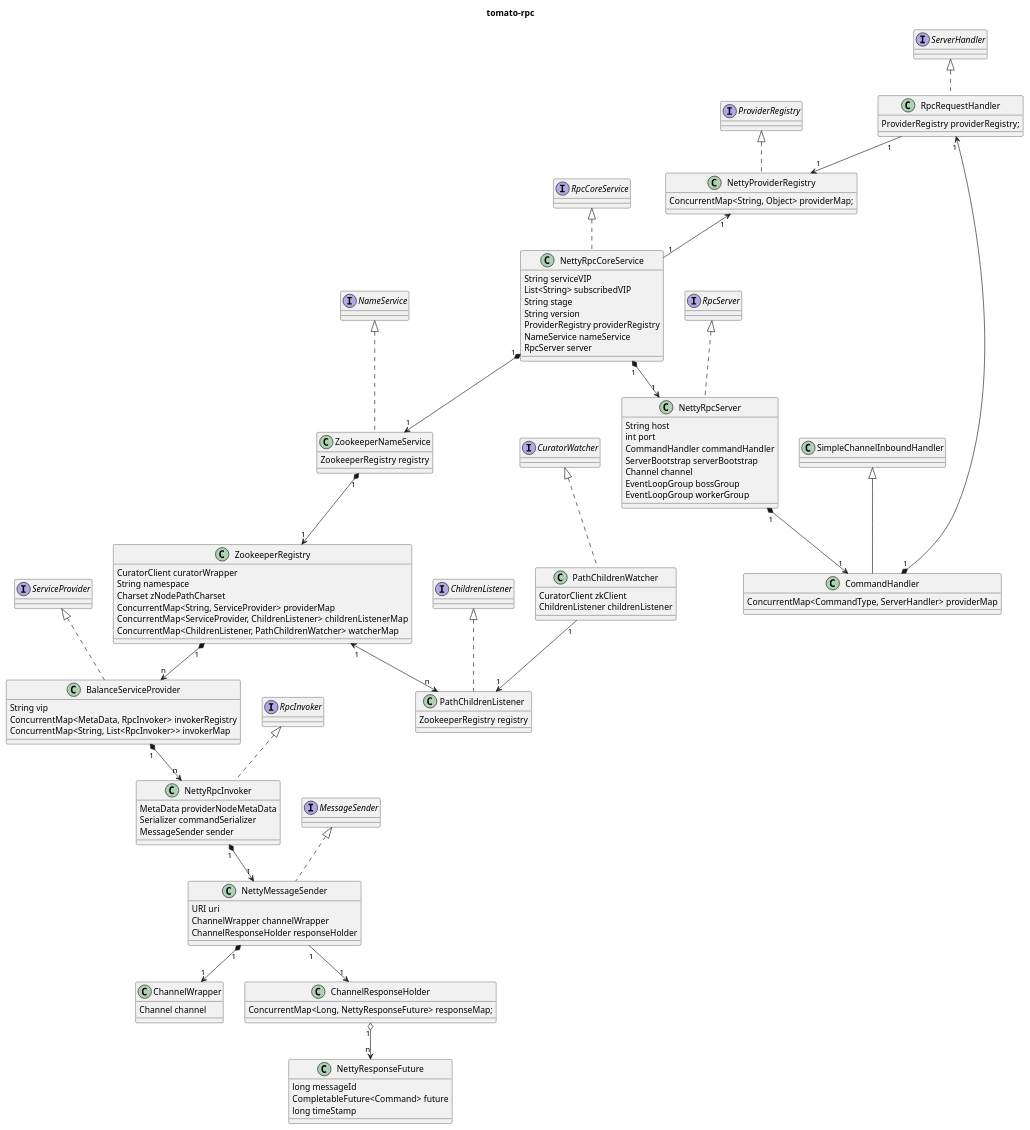
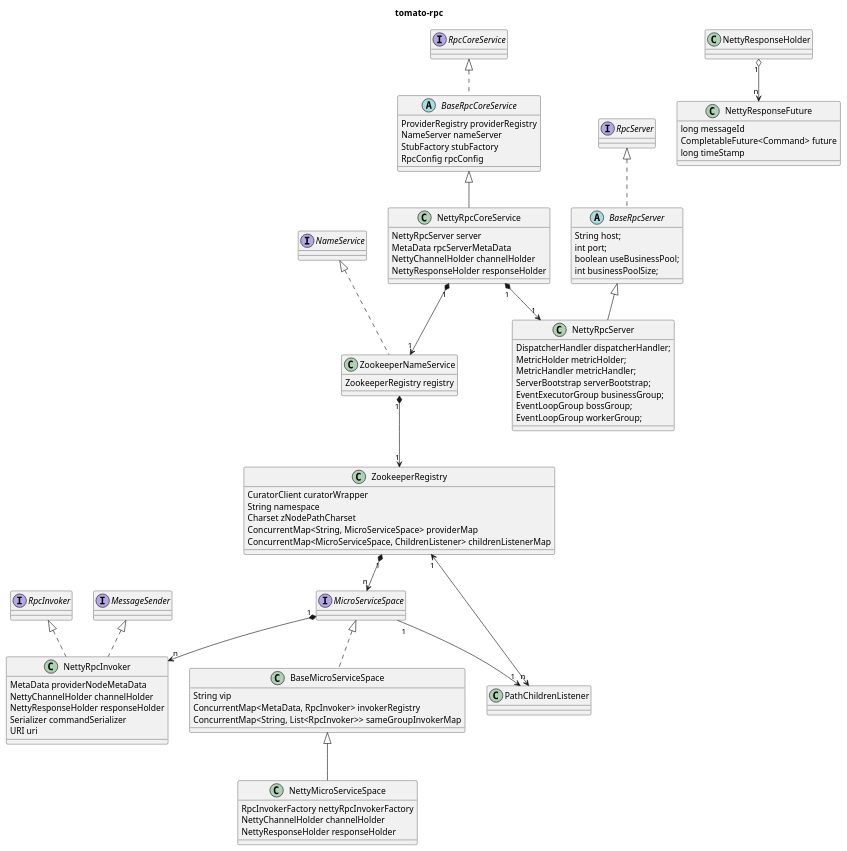
The diagram in uml/class.puml (CompassA/tomato-rpc), drawn with PlantUML before and after one commit. The commit also changed 23 other files, not shown here.

Commit message:
feature: 1. ClientStub注入spring bean 2. ServerStub注册

```diff
--- a/uml/class.puml
+++ b/uml/class.puml
@@ -1,107 +1,84 @@
 @startuml
 
 title tomato-rpc
 
 class ZookeeperNameService implements NameService {
     ZookeeperRegistry registry
 }
 
 class ZookeeperRegistry {
     CuratorClient curatorWrapper
     String namespace
     Charset zNodePathCharset
-    ConcurrentMap<String, ServiceProvider> providerMap
-    ConcurrentMap<ServiceProvider, ChildrenListener> childrenListenerMap
-    ConcurrentMap<ChildrenListener, PathChildrenWatcher> watcherMap
+    ConcurrentMap<String, MicroServiceSpace> providerMap
+    ConcurrentMap<MicroServiceSpace, ChildrenListener> childrenListenerMap
 }
 
-class NettyRpcServer implements RpcServer {
-    String host
-    int port
-    CommandHandler commandHandler
-    ServerBootstrap serverBootstrap
-    Channel channel
-    EventLoopGroup bossGroup
-    EventLoopGroup workerGroup
+abstract class BaseRpcServer implements RpcServer {
+    String host;
+    int port;
+    boolean useBusinessPool;
+    int businessPoolSize;
 }
 
-class NettyRpcCoreService implements RpcCoreService {
-    String serviceVIP
-    List<String> subscribedVIP
-    String stage
-    String version
-    ProviderRegistry providerRegistry
-    NameService nameService
-    RpcServer server
+class NettyRpcServer extends BaseRpcServer {
+    DispatcherHandler dispatcherHandler;
+    MetricHolder metricHolder;
+    MetricHandler metricHandler;
+    ServerBootstrap serverBootstrap;
+    EventExecutorGroup businessGroup;
+    EventLoopGroup bossGroup;
+    EventLoopGroup workerGroup;
 }
 
-class BalanceServiceProvider implements ServiceProvider {
+
+abstract class BaseRpcCoreService implements RpcCoreService {
+    ProviderRegistry providerRegistry
+    NameServer nameServer
+    StubFactory stubFactory
+    RpcConfig rpcConfig
+}
+
+class NettyRpcCoreService extends BaseRpcCoreService {
+    NettyRpcServer server
+    MetaData rpcServerMetaData
+    NettyChannelHolder channelHolder
+    NettyResponseHolder responseHolder
+}
+
+class BaseMicroServiceSpace implements MicroServiceSpace {
     String vip
     ConcurrentMap<MetaData, RpcInvoker> invokerRegistry
-    ConcurrentMap<String, List<RpcInvoker>> invokerMap
+    ConcurrentMap<String, List<RpcInvoker>> sameGroupInvokerMap
 }
 
-class NettyRpcInvoker implements RpcInvoker {
-    MetaData providerNodeMetaData
-    Serializer commandSerializer
-    MessageSender sender
+class NettyMicroServiceSpace extends BaseMicroServiceSpace {
+    RpcInvokerFactory nettyRpcInvokerFactory
+    NettyChannelHolder channelHolder
+    NettyResponseHolder responseHolder
 }
 
-class NettyMessageSender implements MessageSender {
+class NettyRpcInvoker implements RpcInvoker, MessageSender {
+    MetaData providerNodeMetaData
+    NettyChannelHolder channelHolder
+    NettyResponseHolder responseHolder
+    Serializer commandSerializer
     URI uri
-    ChannelWrapper channelWrapper
-    ChannelResponseHolder responseHolder
-}
-
-class ChannelWrapper {
-    Channel channel
-}
-
-class ChannelResponseHolder {
-    ConcurrentMap<Long, NettyResponseFuture> responseMap;
 }
 
 class NettyResponseFuture {
     long messageId
     CompletableFuture<Command> future
     long timeStamp
 }
 
-class PathChildrenListener implements ChildrenListener {
-    ZookeeperRegistry registry
-}
-
-class PathChildrenWatcher implements CuratorWatcher {
-    CuratorClient zkClient
-    ChildrenListener childrenListener
-}
-
-class CommandHandler extends SimpleChannelInboundHandler {
-    ConcurrentMap<CommandType, ServerHandler> providerMap
-}
-
-class RpcRequestHandler implements ServerHandler {
-    ProviderRegistry providerRegistry;
-}
-
-class NettyProviderRegistry implements ProviderRegistry {
-    ConcurrentMap<String, Object> providerMap;
-}
-
 NettyRpcCoreService "1" *--> "1" ZookeeperNameService
 ZookeeperNameService "1"*--> "1" ZookeeperRegistry
-ZookeeperRegistry "1" *--> "n" BalanceServiceProvider
+ZookeeperRegistry "1" *--> "n" MicroServiceSpace
 ZookeeperRegistry "1" <--> "n" PathChildrenListener
-PathChildrenWatcher "1" --> "1" PathChildrenListener
-BalanceServiceProvider "1" *--> "n" NettyRpcInvoker
-NettyRpcInvoker "1" *--> "1" NettyMessageSender
-NettyMessageSender "1" *--> "1" ChannelWrapper
-NettyMessageSender "1" --> "1" ChannelResponseHolder
-ChannelResponseHolder "1" o--> "n" NettyResponseFuture
+MicroServiceSpace "1" --> "1" PathChildrenListener
+MicroServiceSpace "1" *--> "n" NettyRpcInvoker
+NettyResponseHolder "1" o--> "n" NettyResponseFuture
 NettyRpcCoreService "1" *--> "1" NettyRpcServer
-NettyRpcServer "1" *--> "1" CommandHandler
-RpcRequestHandler "1" <--* "1" CommandHandler
-RpcRequestHandler "1" --> "1" NettyProviderRegistry
-NettyProviderRegistry "1" <-- "1" NettyRpcCoreService
 
 @enduml
```
